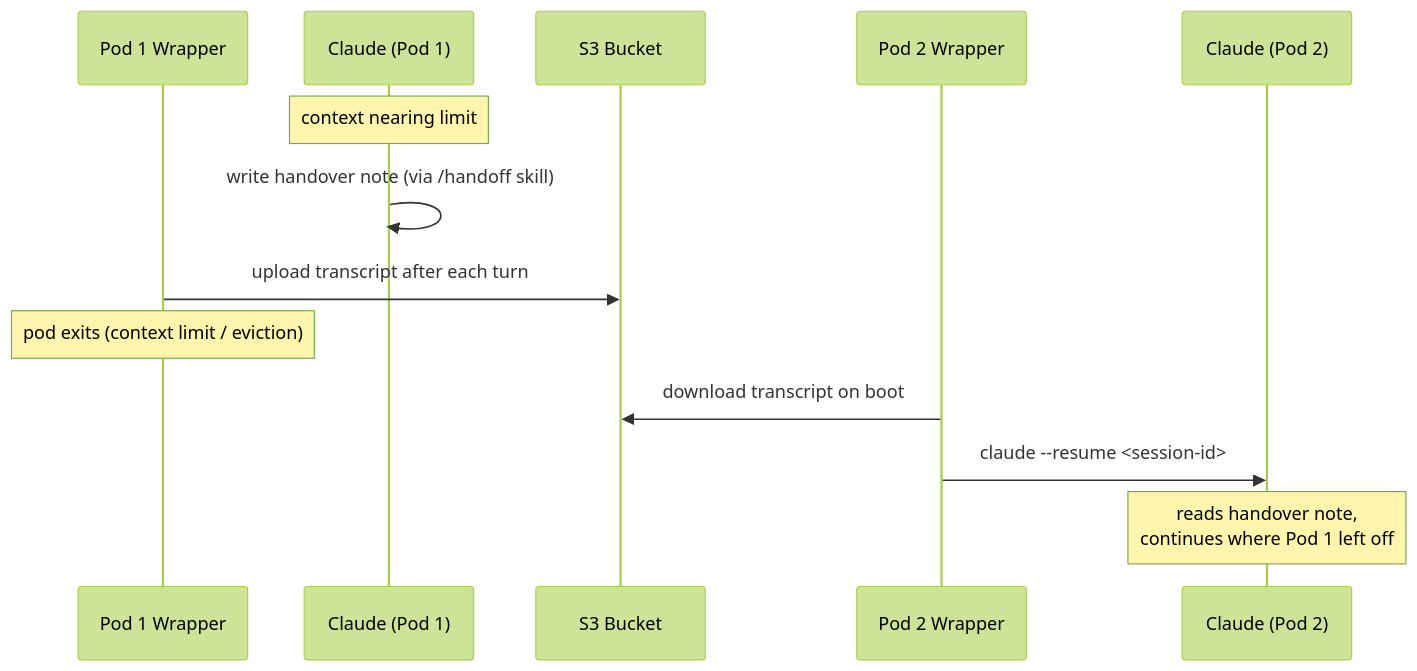
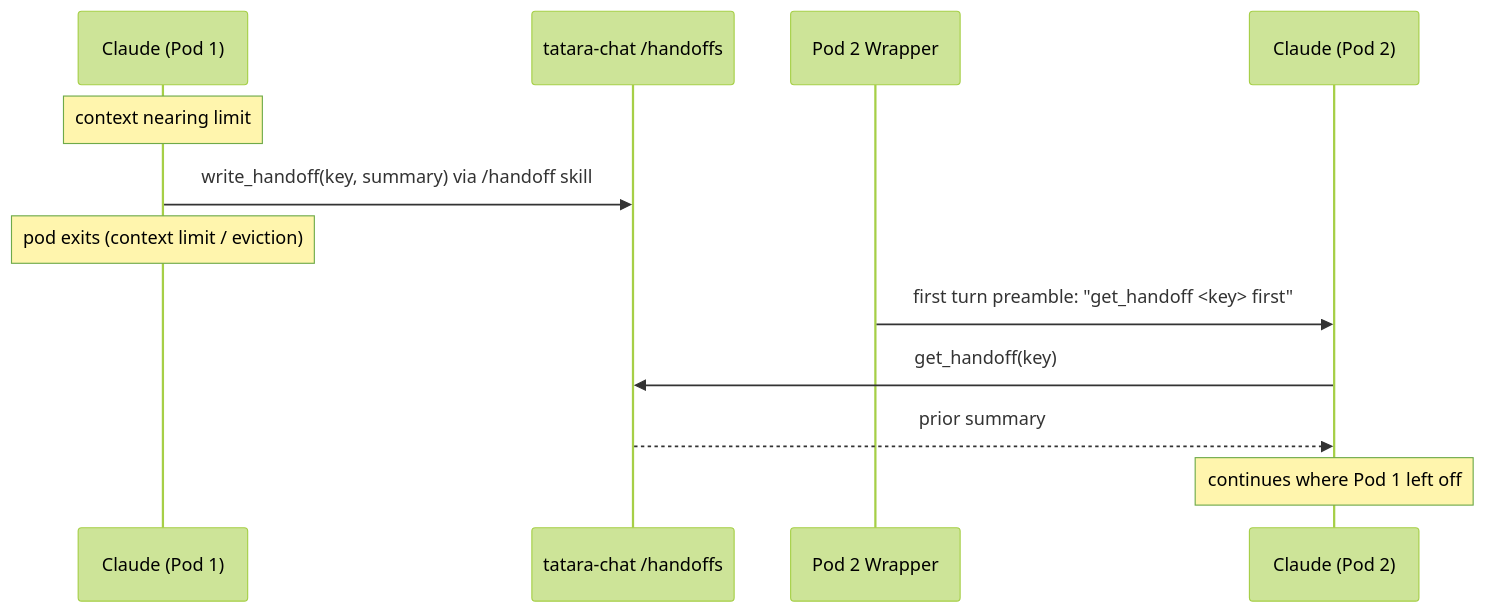
Before and after one commit to szymonrychu/tatara-documentation: the second of 3 diagrams in docs/explainers/agent-sessions.md, drawn with Mermaid (forest theme). The commit also changed other lines of this file and 44 other files, not shown here.

````diff
--- a/docs/explainers/agent-sessions.md
+++ b/docs/explainers/agent-sessions.md
@@ -136,17 +140,16 @@
 ```mermaid
 sequenceDiagram
-    participant WR1 as Pod 1 Wrapper
     participant CL1 as Claude (Pod 1)
-    participant S3 as S3 Bucket
+    participant CHAT as tatara-chat /handoffs
     participant WR2 as Pod 2 Wrapper
     participant CL2 as Claude (Pod 2)
 
     Note over CL1: context nearing limit
-    CL1->>CL1: write handover note (via /handoff skill)
-    WR1->>S3: upload transcript after each turn
-    Note over WR1: pod exits (context limit / eviction)
+    CL1->>CHAT: write_handoff(key, summary) via /handoff skill
+    Note over CL1: pod exits (context limit / eviction)
 
-    WR2->>S3: download transcript on boot
-    WR2->>CL2: claude --resume <session-id>
-    Note over CL2: reads handover note,<br/>continues where Pod 1 left off
+    WR2->>CL2: first turn preamble: "get_handoff <key> first"
+    CL2->>CHAT: get_handoff(key)
+    CHAT-->>CL2: prior summary
+    Note over CL2: continues where Pod 1 left off
 ```
````
